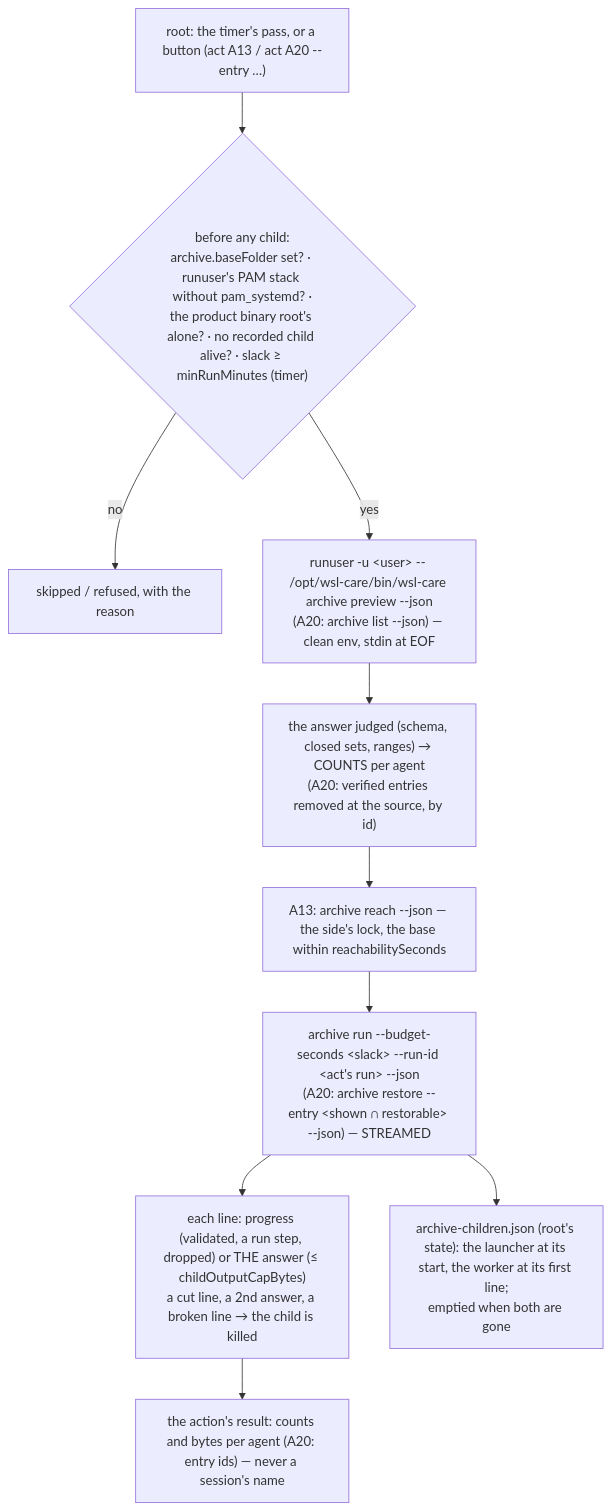
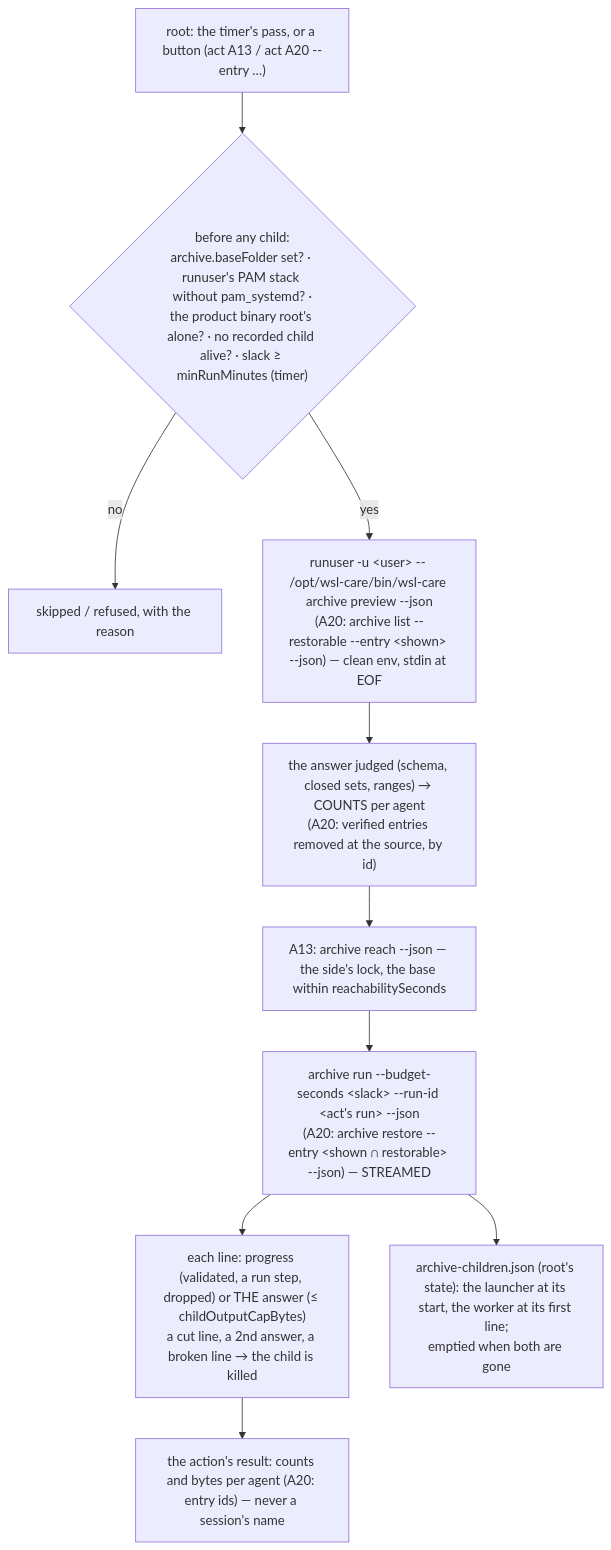
One commit to oleksandrdubyna88/wsl_care changed the fourth of 7 diagrams in research/module_archive.md. Above: the diagram before and after it, drawn with Mermaid. The commit also changed other lines of this file and 29 other files, not shown here.

First line of the commit message:
feat(daemon): E10.S0 — A20's entries on stdin, the restore ceiling on every list, and none lost to the window

````diff
--- a/research/module_archive.md
+++ b/research/module_archive.md
@@ -234,12 +235,12 @@
 ```mermaid
 flowchart TD
     timer["root: the timer's pass, or a button (act A13 / act A20 --entry …)"] --> gates{"before any child:<br/>archive.baseFolder set? · runuser's PAM stack without pam_systemd? ·<br/>the product binary root's alone? · no recorded child alive? · slack ≥ minRunMinutes (timer)"}
     gates -- no --> skip["skipped / refused, with the reason"]
-    gates -- yes --> preview["runuser -u &lt;user&gt; -- /opt/wsl-care/bin/wsl-care archive preview --json<br/>(A20: archive list --json) — clean env, stdin at EOF"]
+    gates -- yes --> preview["runuser -u &lt;user&gt; -- /opt/wsl-care/bin/wsl-care archive preview --json<br/>(A20: archive list --restorable --entry &lt;shown&gt; --json) — clean env, stdin at EOF"]
     preview --> judged["the answer judged (schema, closed sets, ranges) → COUNTS per agent<br/>(A20: verified entries removed at the source, by id)"]
     judged --> reach["A13: archive reach --json — the side's lock, the base within reachabilitySeconds"]
     reach --> run["archive run --budget-seconds &lt;slack&gt; --run-id &lt;act's run&gt; --json<br/>(A20: archive restore --entry &lt;shown ∩ restorable&gt; --json) — STREAMED"]
     run --> stream["each line: progress (validated, a run step, dropped) or THE answer (≤ childOutputCapBytes)<br/>a cut line, a 2nd answer, a broken line → the child is killed"]
     run --> ids["archive-children.json (root's state): the launcher at its start, the worker at its first line;<br/>emptied when both are gone"]
     stream --> result["the action's result: counts and bytes per agent (A20: entry ids) — never a session's name"]
 ```
````
